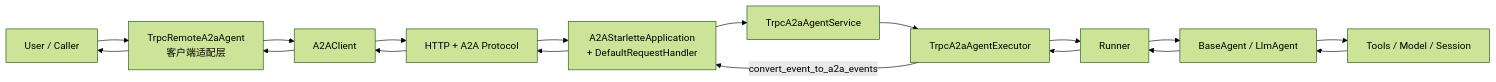
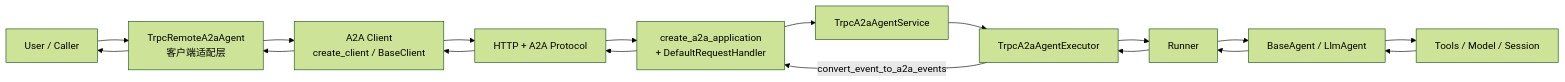
Before and after one commit to trpc-group/trpc-agent-python: the diagram in trpc_agent_sdk/server/a2a/README.md, drawn with Mermaid (forest theme). The commit also changed other lines of this file and 38 other files, not shown here.

````diff
--- a/trpc_agent_sdk/server/a2a/README.md
+++ b/trpc_agent_sdk/server/a2a/README.md
@@ -17,32 +17,32 @@
 ```mermaid
 flowchart LR
     U[User / Caller]
     C[TrpcRemoteA2aAgent\n客户端适配层]
-    A2AC[A2AClient]
+    A2AC[A2A Client\ncreate_client / BaseClient]
     HTTP[HTTP + A2A Protocol]
-    A2AS[A2AStarletteApplication\n+ DefaultRequestHandler]
+    A2AS[create_a2a_application\n+ DefaultRequestHandler]
     SVC[TrpcA2aAgentService]
     EXE[TrpcA2aAgentExecutor]
     RUN[Runner]
     AGENT[BaseAgent / LlmAgent]
     TOOLS[Tools / Model / Session]
 
     U --> C
     C --> A2AC
     A2AC --> HTTP
     HTTP --> A2AS
     A2AS --> SVC
     SVC --> EXE
     EXE --> RUN
     RUN --> AGENT
     AGENT --> TOOLS
 
     TOOLS --> AGENT
     AGENT --> RUN
     RUN --> EXE
     EXE -->|convert_event_to_a2a_events| A2AS
     A2AS --> HTTP
     HTTP --> A2AC
     A2AC --> C
     C --> U
 ```
````
